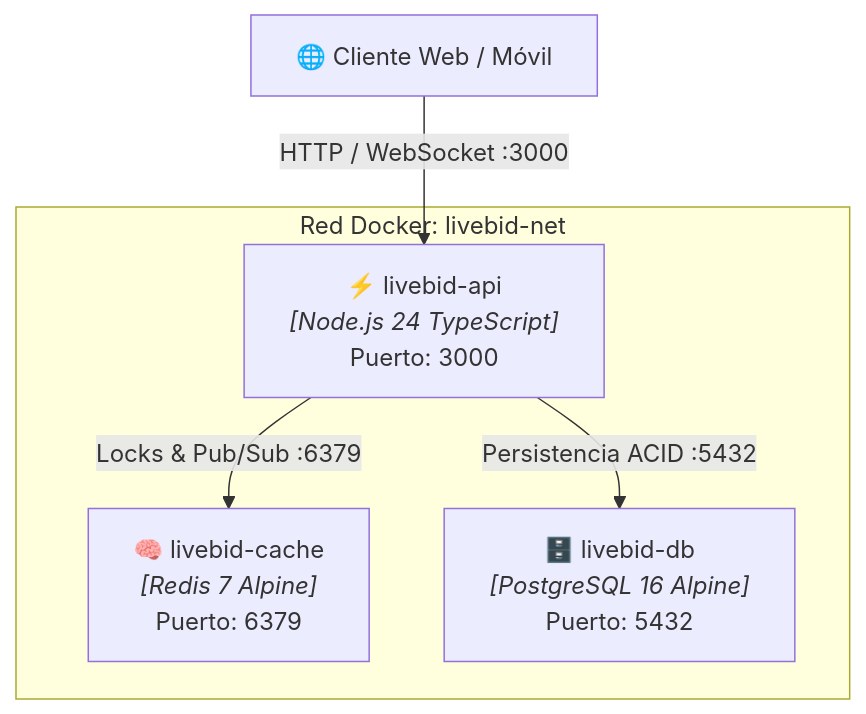
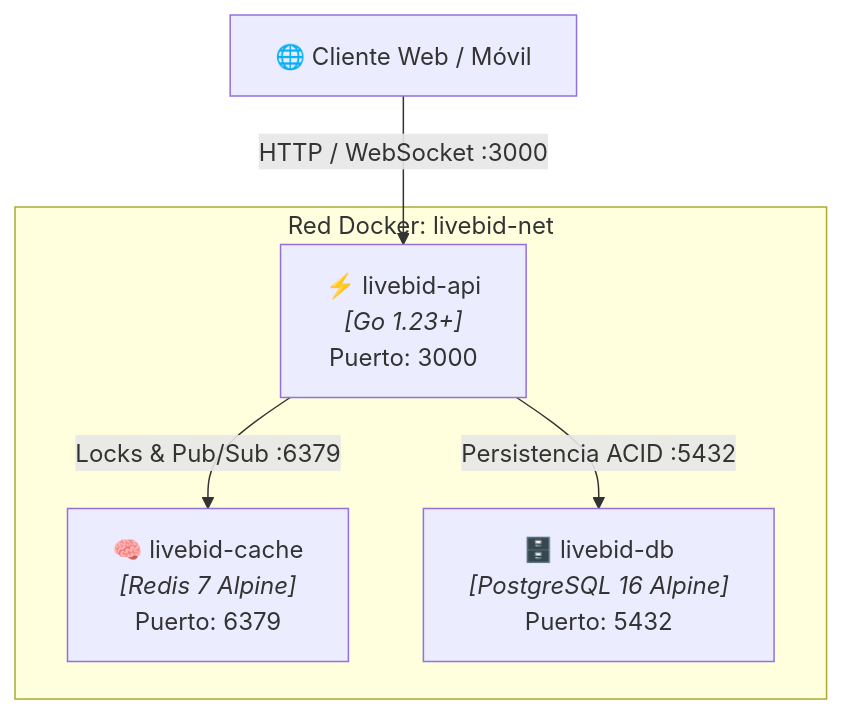
One commit to fxrl01/PlataformaSubastas-arquitSoft-02-Fernando changed the diagram in specs/003-server-runtime-docker/plan.md. Above: the diagram before and after it, drawn with Mermaid. The commit also changed other lines of this file and 8 other files, not shown here.

````diff
--- a/specs/003-server-runtime-docker/plan.md
+++ b/specs/003-server-runtime-docker/plan.md
@@ -11,14 +12,14 @@
 ```mermaid
 graph TD
     Client["🌐 Cliente Web / Móvil"]
     
     subgraph DockerNetwork["Red Docker: livebid-net"]
-        API["⚡ livebid-api<br><i>[Node.js 24 TypeScript]</i><br>Puerto: 3000"]
+        API["⚡ livebid-api<br><i>[Go 1.23+]</i><br>Puerto: 3000"]
         Redis["🧠 livebid-cache<br><i>[Redis 7 Alpine]</i><br>Puerto: 6379"]
         Postgres["🗄️ livebid-db<br><i>[PostgreSQL 16 Alpine]</i><br>Puerto: 5432"]
     end
 
     Client -->|HTTP / WebSocket :3000| API
     API -->|Locks & Pub/Sub :6379| Redis
     API -->|Persistencia ACID :5432| Postgres
 ```
````
